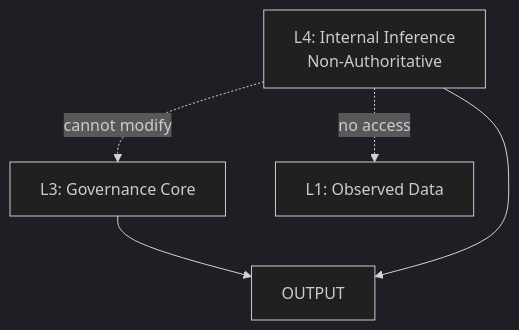
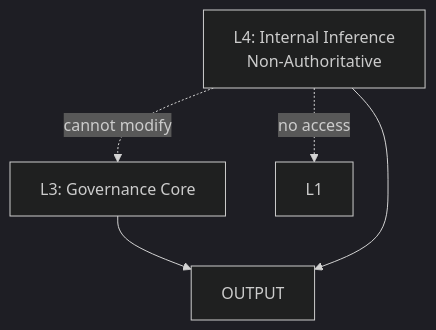
The second of 5 diagrams in README.md (GeneralSergal/ORP), drawn with Mermaid (dark theme) before and after one commit. The commit also changed other lines of this file, not shown here.

````diff
--- a/README.md
+++ b/README.md
@@ -77,8 +83,7 @@
 ```mermaid
 flowchart TD
     L3[L3: Governance Core] --> OUT[OUTPUT]
     L4[L4: Internal Inference<br/>Non-Authoritative] --> OUT
-
     L4 -. cannot modify .-> L3
-    L4 -. no access .-> L1[L1: Observed Data]
+    L4 -. no access .-> L1
 ```
````
